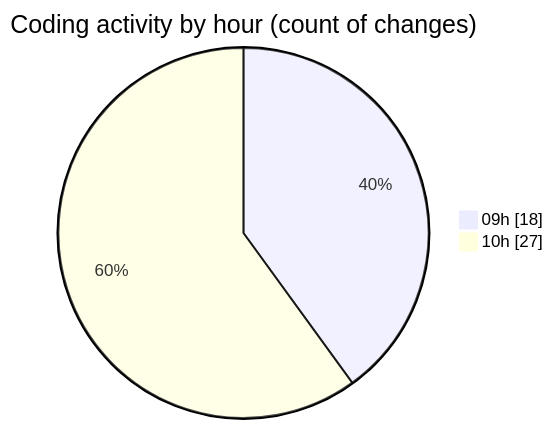
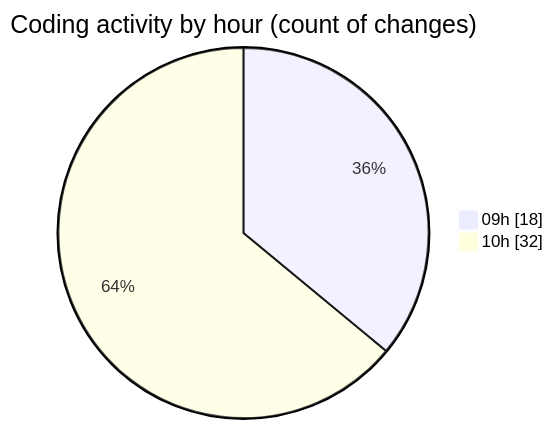
One commit to momahboobian/code-tracking changed the second of 2 diagrams in 2025-02-11/cda/README.md. Above: the diagram before and after it, drawn with Mermaid. The commit also changed other lines of this file and 1 other file, not shown here.

````diff
--- a/2025-02-11/cda/README.md
+++ b/2025-02-11/cda/README.md
@@ -30,6 +30,6 @@
 ```mermaid
 pie showData
 title Coding activity by hour (count of changes)
 "09h" : 18
-"10h" : 27
+"10h" : 32
 ```
````
